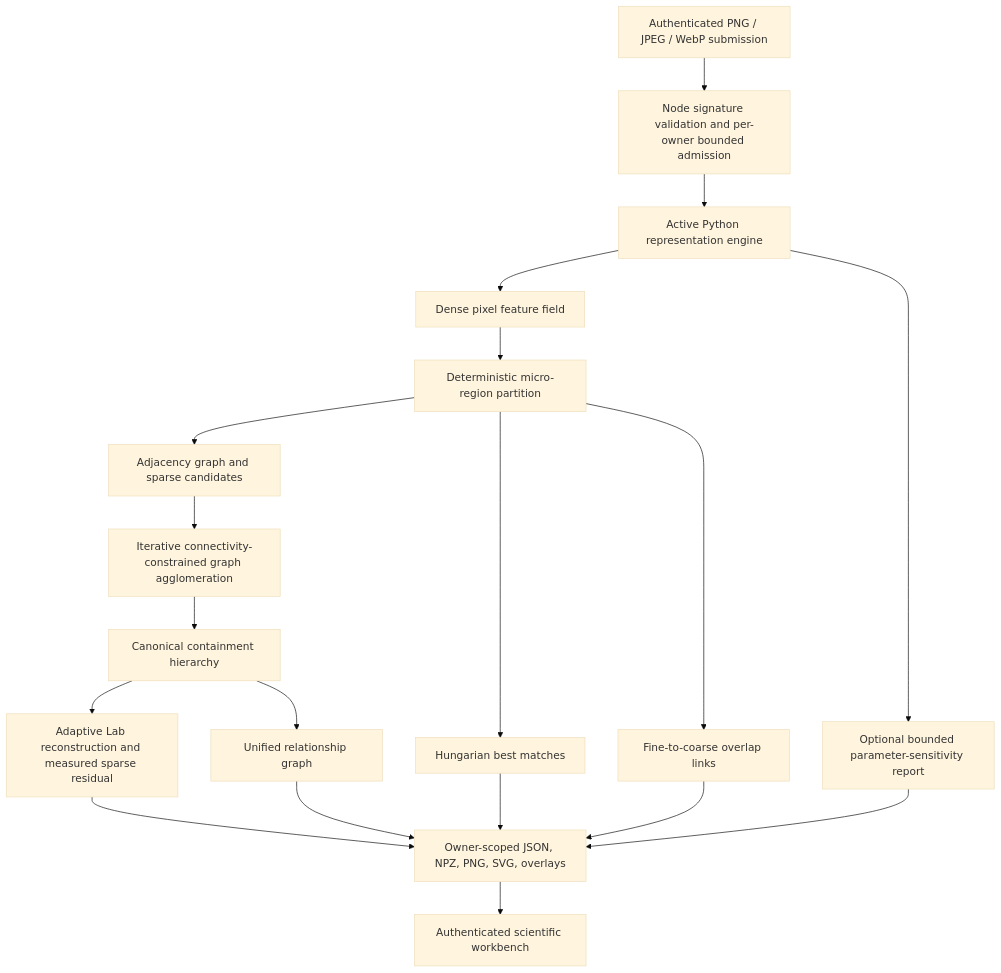
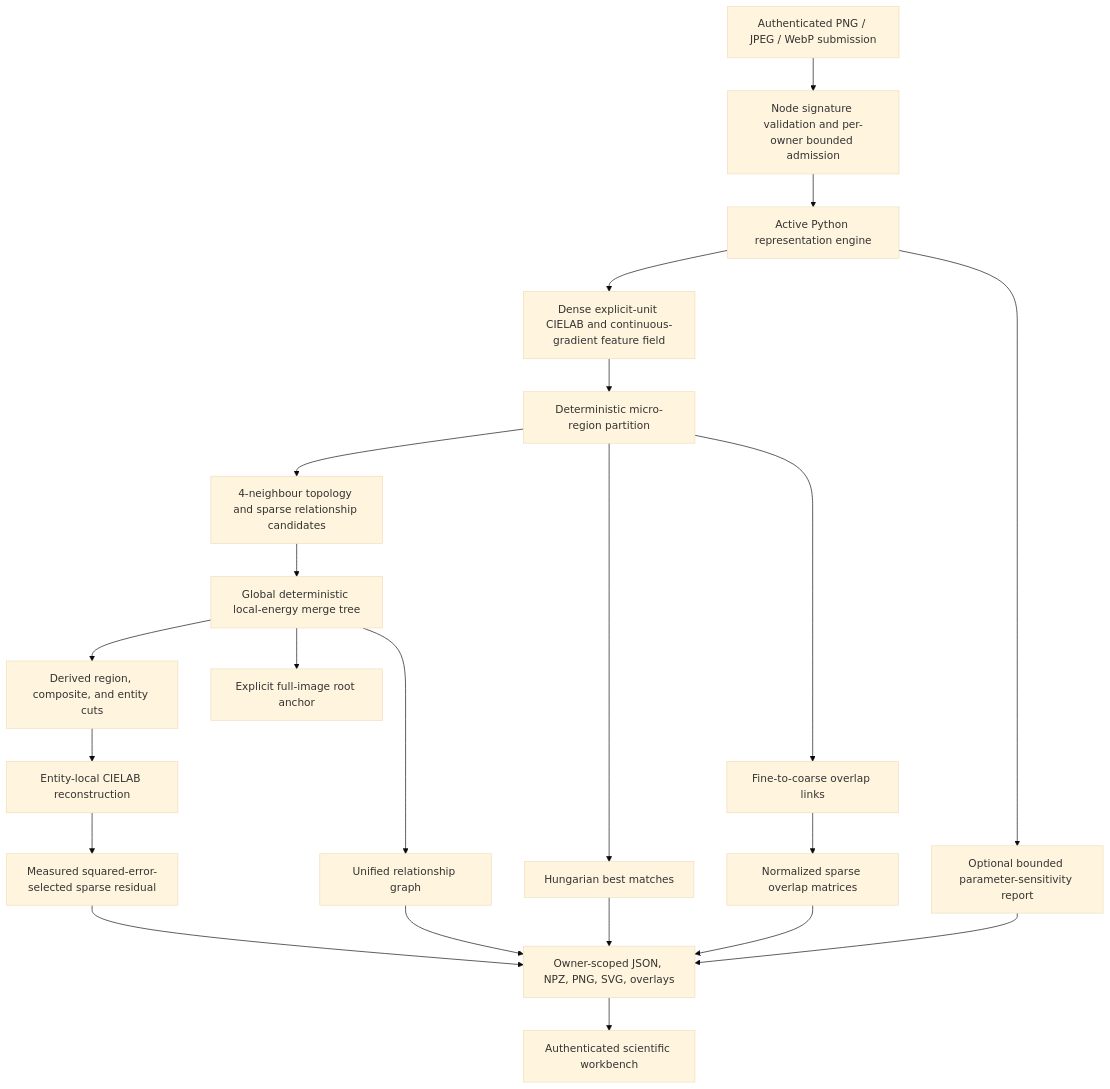
Before and after one commit to TANMOY-SARKAR-cmd/hierarchical-image-representation: the diagram in docs/architecture.md, drawn with Mermaid (base theme). The commit also changed other lines of this file and 36 other files, not shown here.

````diff
--- a/docs/architecture.md
+++ b/docs/architecture.md
@@ -3,21 +3,24 @@
 ```mermaid
 flowchart TD
   U[Authenticated PNG / JPEG / WebP submission] --> N[Node signature validation and per-owner bounded admission]
   N --> P[Active Python representation engine]
-  P --> F[Dense pixel feature field]
+  P --> F[Dense explicit-unit CIELAB and continuous-gradient feature field]
   F --> S[Deterministic micro-region partition]
-  S --> R[Adjacency graph and sparse candidates]
-  R --> A[Iterative connectivity-constrained graph agglomeration]
-  A --> H[Canonical containment hierarchy]
+  S --> R[4-neighbour topology and sparse relationship candidates]
+  R --> E[Global deterministic local-energy merge tree]
+  E --> C[Derived region, composite, and entity cuts]
+  E --> H[Explicit full-image root anchor]
   S --> M[Hungarian best matches]
   S --> O[Fine-to-coarse overlap links]
-  H --> D[Adaptive Lab reconstruction and measured sparse residual]
+  O --> OM[Normalized sparse overlap matrices]
+  C --> D[Entity-local CIELAB reconstruction]
+  D --> B[Measured squared-error-selected sparse residual]
   P --> Q[Optional bounded parameter-sensitivity report]
-  H --> G[Unified relationship graph]
+  E --> G[Unified relationship graph]
   G --> X[Owner-scoped JSON, NPZ, PNG, SVG, overlays]
   M --> X
-  O --> X
-  D --> X
+  OM --> X
+  B --> X
   Q --> X
   X --> W[Authenticated scientific workbench]
 ```
````
